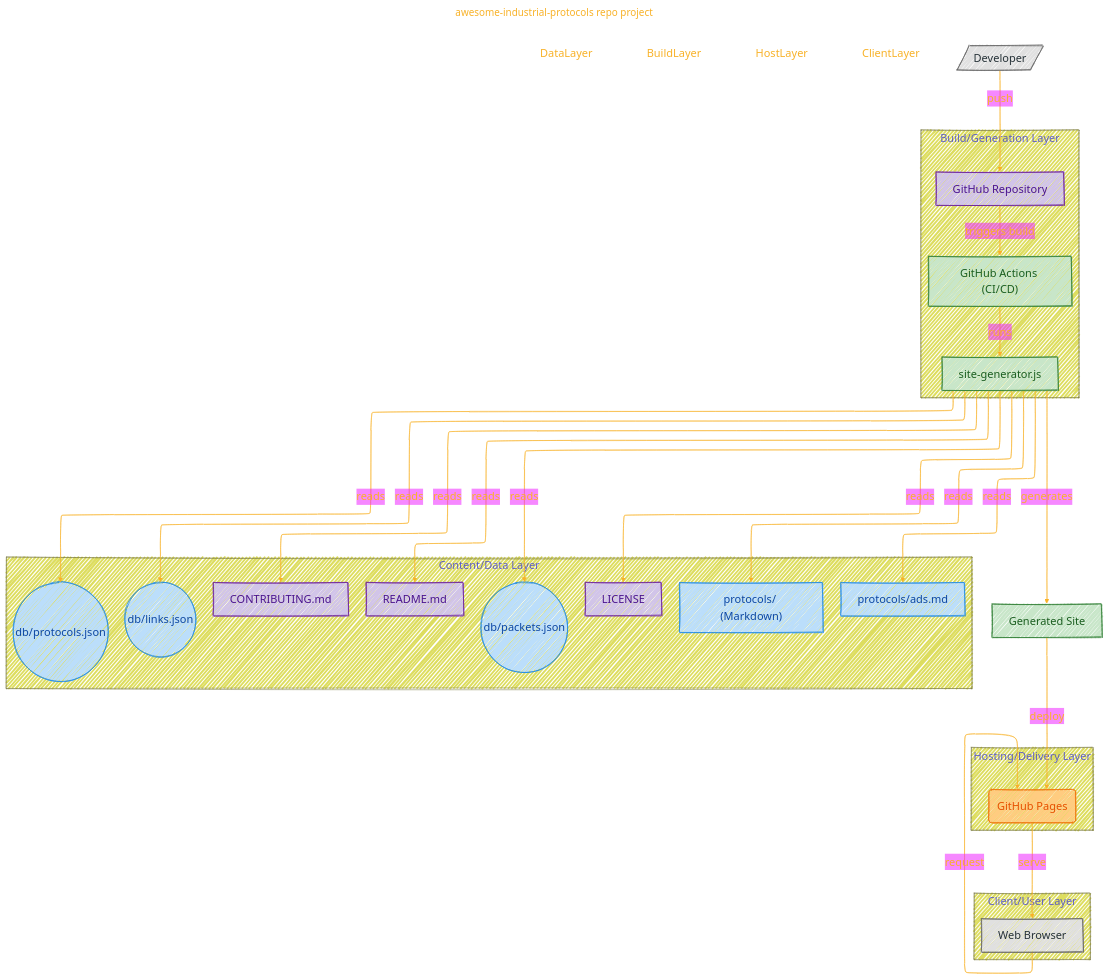
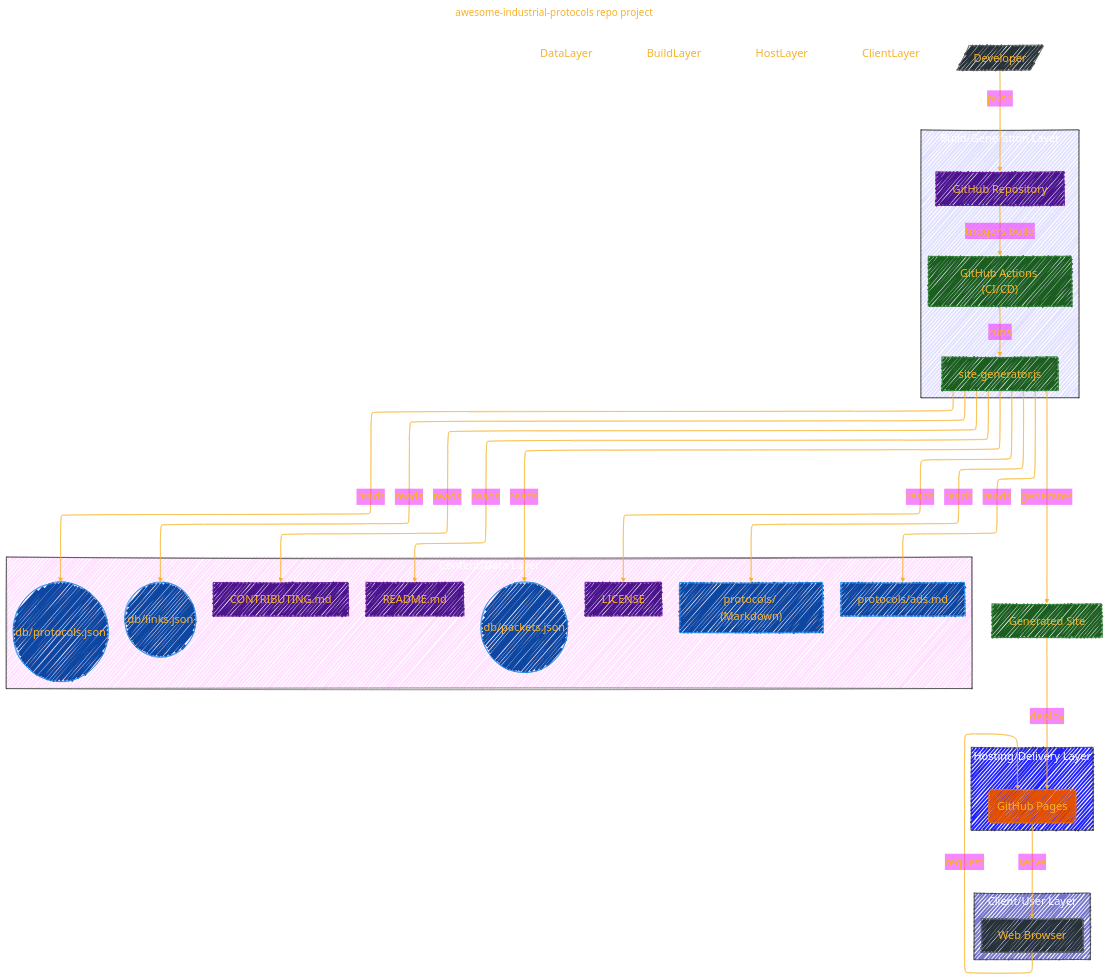
Before and after one commit to CongLeSolutionX/ArchExplorer: the first of 2 diagrams in CYBERSECURITY/orange-cyberdefense/awesome-industrial-protocols.md, drawn with Mermaid.

Commit message:
update notes

````diff
--- a/CYBERSECURITY/orange-cyberdefense/awesome-industrial-protocols.md
+++ b/CYBERSECURITY/orange-cyberdefense/awesome-industrial-protocols.md
@@ -75,8 +75,8 @@
   }
 }%%
 flowchart TD
-    %% Content/Data Layer
-    subgraph "Content/Data Layer"
+    subgraph Content_Data_Layer["Content/Data Layer"]
+    style Content_Data_Layer fill:#F2F2,stroke:#333,stroke-width:1px, color: #FFFF
         style DataLayer fill:none,stroke:none
         Links((db/links.json)):::data
         Packets((db/packets.json)):::data
@@ -88,22 +88,22 @@
         License["LICENSE"]:::repo
     end
 
-    %% Build/Generation Layer
-    subgraph "Build/Generation Layer"
+    subgraph Build_Generation_Layer["Build/Generation Layer"]
+    style Build_Generation_Layer fill:#22F2,stroke:#333,stroke-width:1px, color: #FFFF
         style BuildLayer fill:none,stroke:none
         GitHubRepo["GitHub Repository"]:::repo
         CI["GitHub Actions (CI/CD)"]:::process
         Generator["site-generator.js"]:::process
     end
 
-    %% Hosting/Delivery Layer
-    subgraph "Hosting/Delivery Layer"
+    subgraph Hosting_Delivery_Layer["Hosting/Delivery Layer"]
+    style Hosting_Delivery_Layer fill:#22FF,stroke:#333,stroke-width:1px, color: #FFFF
         style HostLayer fill:none,stroke:none
         Pages("GitHub Pages"):::host
     end
 
-    %% Client/User Layer
-    subgraph "Client/User Layer"
+    subgraph Client_User_Layer["Client/User Layer"]
+    style Client_User_Layer fill:#44BB,stroke:#333,stroke-width:1px, color: #FFFF
         style ClientLayer fill:none,stroke:none
         Browser["Web Browser"]:::client
     end
@@ -136,10 +136,10 @@
     click License "https://github.com/orange-cyberdefense/awesome-industrial-protocols/tree/main/LICENSE"
 
     %% Styles
-    classDef data fill:#bbdefb,stroke:#1e88e5,color:#0d47a1
-    classDef process fill:#c8e6c9,stroke:#2e7d32,color:#1b5e20
-    classDef host fill:#ffcc80,stroke:#ef6c00,color:#e65100
-    classDef client fill:#e0e0e0,stroke:#616161,color:#263238
-    classDef repo fill:#d1c4e9,stroke:#6a1b9a,color:#4a148c
+    classDef data fill:#0d47a1,stroke:#1e88e5
+    classDef process fill:#1b5e20,stroke:#2e7d32
+    classDef host fill:#e65100,stroke:#ef6c00
+    classDef client fill:#263238,stroke:#616161
+    classDef repo fill:#4a148c,stroke:#6a1b9a
 
 ```
````
